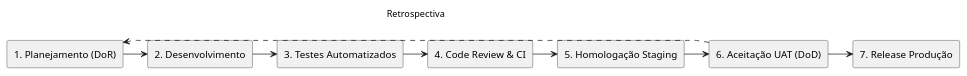
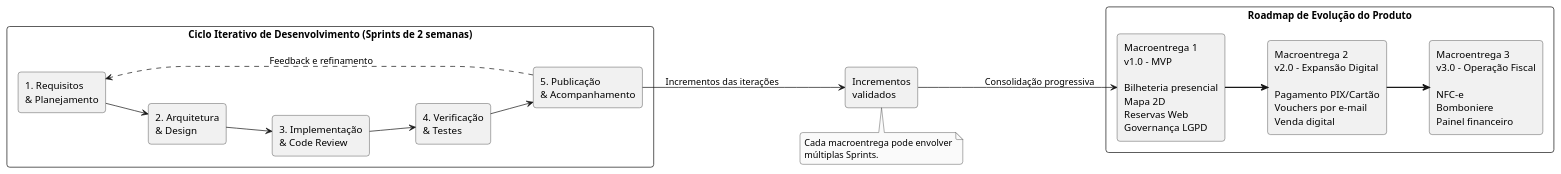
One commit to CINESOFT-SOLUTIONS/manual-processos-software changed the diagram in assets/capitulo-03/diagramas/diagrama-ciclo-de-vida.puml. Above: the diagram before and after it, drawn with PlantUML. The commit also changed 16 other files, not shown here.

Commit message:
refactor: update process lifecycle diagram and documentation assets

```diff
--- a/assets/capitulo-03/diagramas/diagrama-ciclo-de-vida.puml
+++ b/assets/capitulo-03/diagramas/diagrama-ciclo-de-vida.puml
@@ -1,21 +1,45 @@
 @startuml
 skinparam monochrome true
 skinparam shadowing false
 skinparam defaultFontName Helvetica
+skinparam packageStyle rectangle
+skinparam roundcorner 8
 
-rectangle "1. Planejamento (DoR)" as S1
-rectangle "2. Desenvolvimento" as S2
-rectangle "3. Testes Automatizados" as S3
-rectangle "4. Code Review & CI" as S4
-rectangle "5. Homologação Staging" as S5
-rectangle "6. Aceitação UAT (DoD)" as S6
-rectangle "7. Release Produção" as S7
+left to right direction
 
-S1 -> S2
-S2 -> S3
-S3 -> S4
-S4 -> S5
-S5 -> S6
-S6 -> S7
-S6 .> S1 : Retrospectiva
+package "Ciclo Iterativo de Desenvolvimento (Sprints de 2 semanas)" {
+    rectangle "1. Requisitos\n& Planejamento" as R
+    rectangle "2. Arquitetura\n& Design" as D
+    rectangle "3. Implementação\n& Code Review" as I
+    rectangle "4. Verificação\n& Testes" as T
+    rectangle "5. Publicação\n& Acompanhamento" as P
+
+    R --> D
+    D --> I
+    I --> T
+    T --> P
+    P ..> R : Feedback e refinamento
+}
+
+rectangle "Incrementos\nvalidados" as INC
+
+package "Roadmap de Evolução do Produto" {
+    rectangle "Macroentrega 1\nv1.0 – MVP\n\nBilheteria presencial\nMapa 2D\nReservas Web\nGovernança LGPD" as M1
+
+    rectangle "Macroentrega 2\nv2.0 – Expansão Digital\n\nPagamento PIX/Cartão\nVouchers por e-mail\nVenda digital" as M2
+
+    rectangle "Macroentrega 3\nv3.0 – Operação Fiscal\n\nNFC-e\nBomboniere\nPainel financeiro" as M3
+
+    M1 ==> M2
+    M2 ==> M3
+}
+
+P --> INC : Incrementos das iterações
+INC --> M1 : Consolidação progressiva
+
+note bottom of INC
+  Cada macroentrega pode envolver
+  múltiplas Sprints.
+end note
+
 @enduml
```
